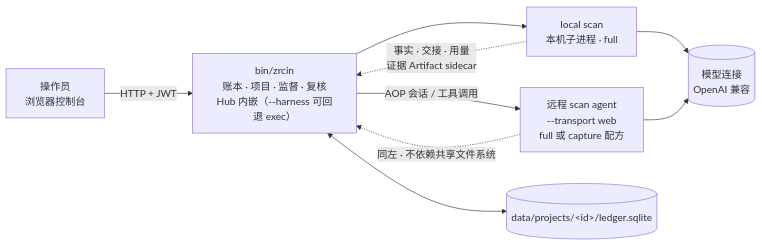
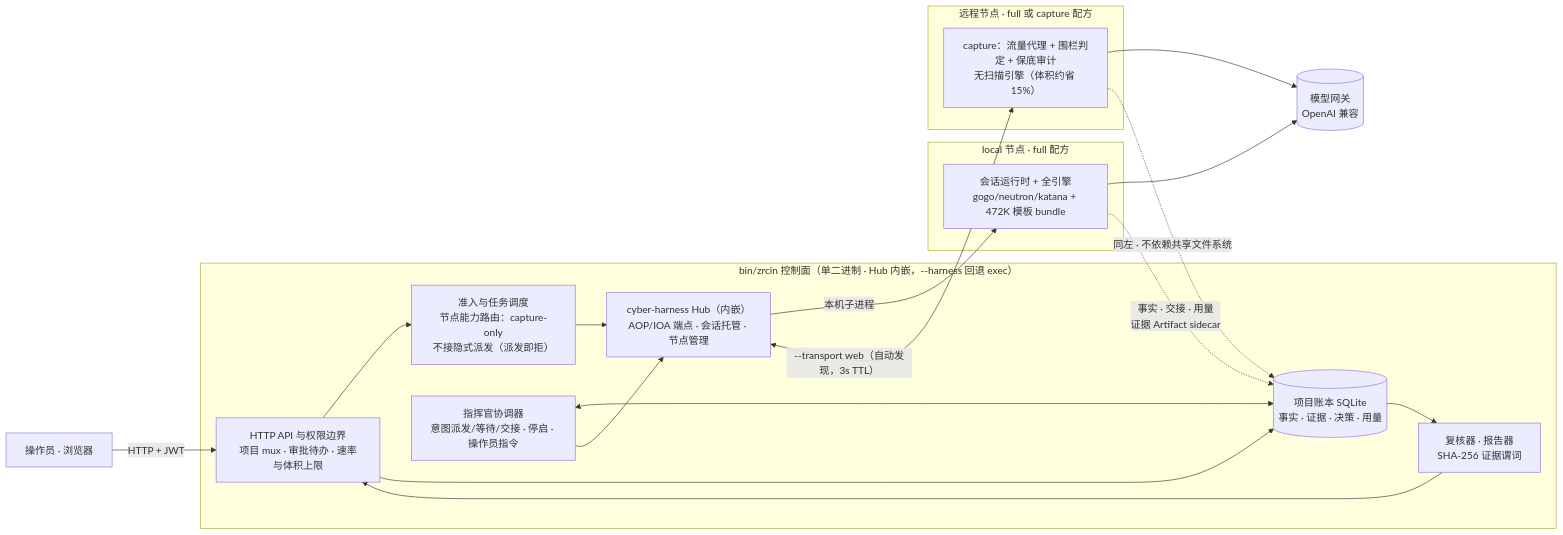
The diagram in README.md (c1ayooo/4zrcin), drawn with Mermaid before and after one commit. The commit also changed other lines of this file and 1 other file, not shown here.

Commit message:
docs: richer architecture diagrams
README and docs/01 §1 now show the control plane's internals (HTTP API
and permission boundary, the dispatch gate with the capture-only routing
rule, the commander coordinator, the ledger, review/report) alongside
the deployment layer: the embedded Hub subgraph, the two node kinds
with their recipe differences spelled out, the AOP event stream back
through the Hub, the sidecar handoff limits, and the node-side
fence/audit. Both diagrams annotate the discovery TTL and the guaranteed
audit prefix.

````diff
--- a/README.md
+++ b/README.md
@@ -33,11 +33,36 @@
 ```mermaid
 flowchart LR
-  OP[操作员<br/>浏览器控制台] -->|HTTP + JWT| TW["bin/zrcin<br/>账本 · 项目 · 监督 · 复核<br/>Hub 内嵌（--harness 可回退 exec）"]
-  TW --> Local["local scan<br/>本机子进程 · full"]
-  TW -->|AOP 会话 / 工具调用| Remote["远程 scan agent<br/>--transport web<br/>full 或 capture 配方"]
-  Local --> LLM[(模型连接<br/>OpenAI 兼容)]
-  Remote --> LLM
-  Local -.->|事实 · 交接 · 用量<br/>证据 Artifact sidecar| TW
-  Remote -.->|同左 · 不依赖共享文件系统| TW
-  TW <--> LEDGER[(data/projects/&lt;id&gt;/ledger.sqlite)]
+  OP[操作员 · 浏览器] -->|HTTP + JWT| API
+
+  subgraph CTRL["bin/zrcin 控制面（单二进制 · Hub 内嵌，--harness 回退 exec）"]
+    API["HTTP API 与权限边界<br/>项目 mux · 审批待办 · 速率与体积上限"]
+    DISPATCH["准入与任务调度<br/>节点能力路由：capture-only<br/>不接隐式派发（派发即拒）"]
+    CMD["指挥官协调器<br/>意图派发/等待/交接 · 停启 · 操作员指令"]
+    LEDGER[("项目账本 SQLite<br/>事实 · 证据 · 决策 · 用量")]
+    REVIEW["复核器 · 报告器<br/>SHA-256 证据谓词"]
+    HUB["cyber-harness Hub（内嵌）<br/>AOP/IOA 端点 · 会话托管 · 节点管理"]
+  end
+
+  API --> DISPATCH
+  API --> LEDGER
+  CMD <--> LEDGER
+  CMD --> HUB
+  DISPATCH --> HUB
+  LEDGER --> REVIEW
+  REVIEW --> API
+
+  HUB -->|本机子进程| SCAN1
+  HUB <-->|"--transport web（自动发现，3s TTL）"| SCAN2
+
+  subgraph NODE1["local 节点 · full 配方"]
+    SCAN1["会话运行时 + 全引擎<br/>gogo/neutron/katana + 472K 模板 bundle"]
+  end
+  subgraph NODE2["远程节点 · full 或 capture 配方"]
+    SCAN2["capture：流量代理 + 围栏判定 + 保底审计<br/>无扫描引擎（体积约省 15%）"]
+  end
+
+  SCAN1 --> LLM[(模型网关<br/>OpenAI 兼容)]
+  SCAN2 --> LLM
+  SCAN1 -.->|"事实 · 交接 · 用量<br/>证据 Artifact sidecar"| LEDGER
+  SCAN2 -.->|"同左 · 不依赖共享文件系统"| LEDGER
 ```
````
